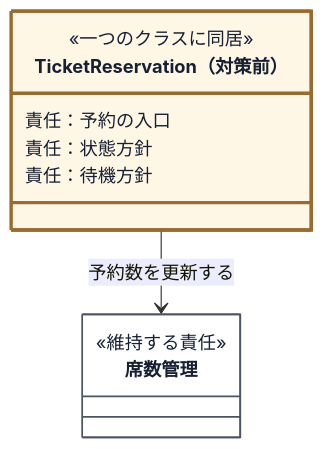
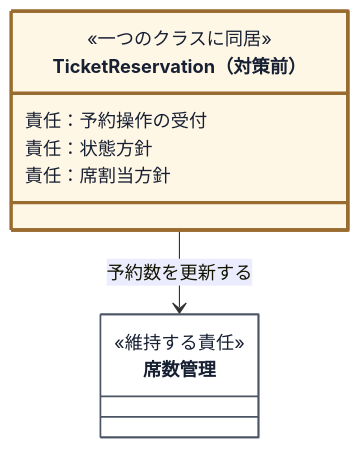
Before and after one commit to kumachan1101-pixel/DesignPattern: the tenth of 20 diagrams in kindle/design-patterns/books/volume01-core-patterns/output/04-chapter02.md, drawn with Mermaid. The commit also changed other lines of this file and 14 other files, not shown here.

````diff
--- a/kindle/design-patterns/books/volume01-core-patterns/output/04-chapter02.md
+++ b/kindle/design-patterns/books/volume01-core-patterns/output/04-chapter02.md
@@ -1416,18 +1418,18 @@
 ```mermaid
 classDiagram
     %% provisional-role-diagram
     direction TB
     class TrialReservation["TicketReservation（対策前）"]:::current {
         <<一つのクラスに同居>>
-        責任：予約の入口
+        責任：予約操作の受付
         責任：状態方針
-        責任：待機方針
+        責任：席割当方針
     }
     class SeatCount["席数管理"]:::stable {
         <<維持する責任>>
     }
     TrialReservation --> SeatCount : 予約数を更新する
 
     classDef stable fill:#ffffff,stroke:#4b5563,stroke-width:1.5px,color:#172033;
     classDef current fill:#fff7e6,stroke:#9a6b2f,stroke-width:3px,color:#172033;
 ```
````
